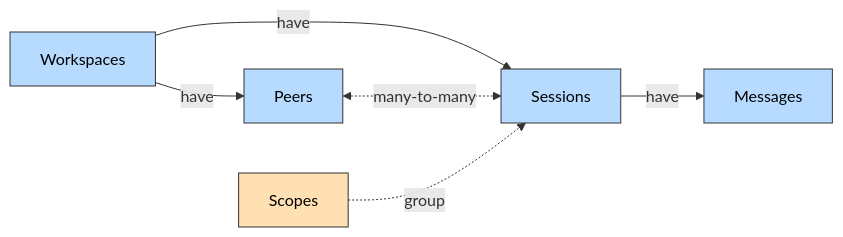
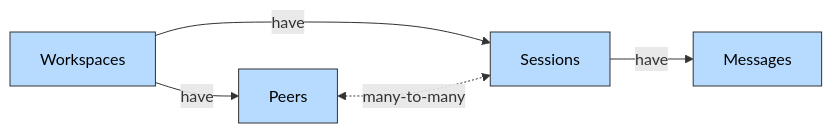
The diagram in docs/v3/documentation/core-concepts/architecture.mdx (plastic-labs/honcho), drawn with Mermaid before and after one commit. The commit also changed other lines of this file and 9 other files, not shown here.

````diff
--- a/docs/v3/documentation/core-concepts/architecture.mdx
+++ b/docs/v3/documentation/core-concepts/architecture.mdx
@@ -14,17 +14,14 @@
 ```mermaid
  graph LR
       W[Workspaces] -->|have| P[Peers]
       W -->|have| S[Sessions]
 
       S -->|have| SM[Messages]
 
       P <-.->|many-to-many| S
 
-      SC[Scopes] -.->|group| S
-
       style W fill:#B6DBFF,stroke:#333,color:#000
       style P fill:#B6DBFF,stroke:#333,color:#000
       style S fill:#B6DBFF,stroke:#333,color:#000
       style SM fill:#B6DBFF,stroke:#333,color:#000
-      style SC fill:#FFE0B2,stroke:#333,color:#000
 ```
````
